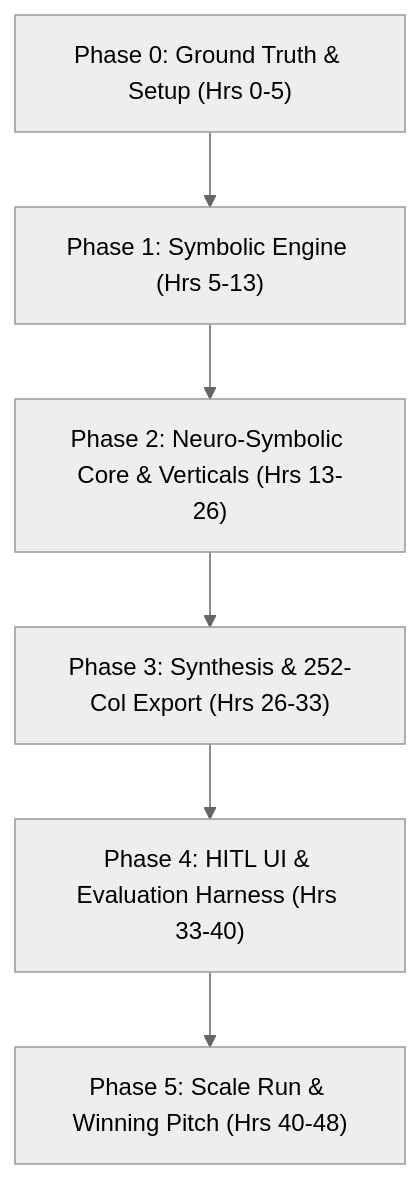
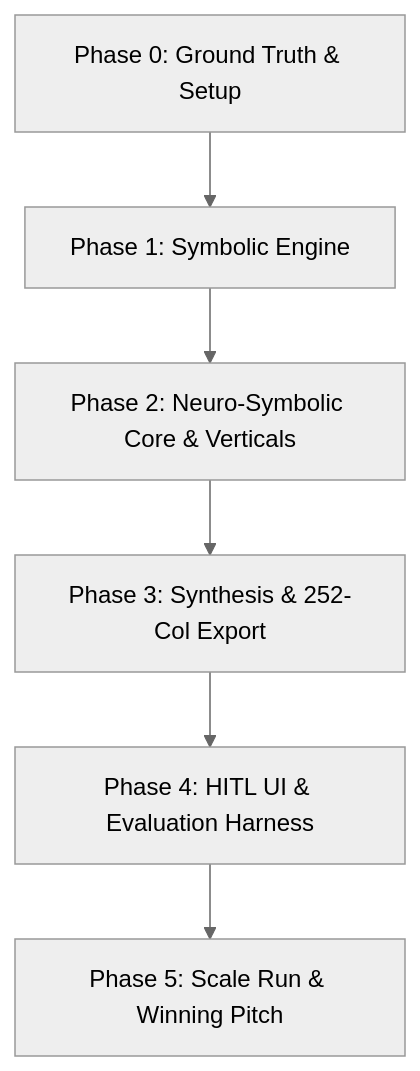
The second of 3 diagrams in docs/Phases.md (Adityaraj1969/AI-Powered-Product-Intelligence-for-Industrial-Commerce), drawn with Mermaid (neutral theme) before and after one commit. The commit also changed other lines of this file, not shown here.

````diff
--- a/docs/Phases.md
+++ b/docs/Phases.md
@@ -50,8 +50,8 @@
 ```mermaid
 graph TD
-    P0["Phase 0: Ground Truth & Setup (Hrs 0-5)"] --> P1["Phase 1: Symbolic Engine (Hrs 5-13)"]
-    P1 --> P2["Phase 2: Neuro-Symbolic Core & Verticals (Hrs 13-26)"]
-    P2 --> P3["Phase 3: Synthesis & 252-Col Export (Hrs 26-33)"]
-    P3 --> P4["Phase 4: HITL UI & Evaluation Harness (Hrs 33-40)"]
-    P4 --> P5["Phase 5: Scale Run & Winning Pitch (Hrs 40-48)"]
+    P0["Phase 0: Ground Truth & Setup"] --> P1["Phase 1: Symbolic Engine"]
+    P1 --> P2["Phase 2: Neuro-Symbolic Core & Verticals"]
+    P2 --> P3["Phase 3: Synthesis & 252-Col Export"]
+    P3 --> P4["Phase 4: HITL UI & Evaluation Harness"]
+    P4 --> P5["Phase 5: Scale Run & Winning Pitch"]
 ```
````
